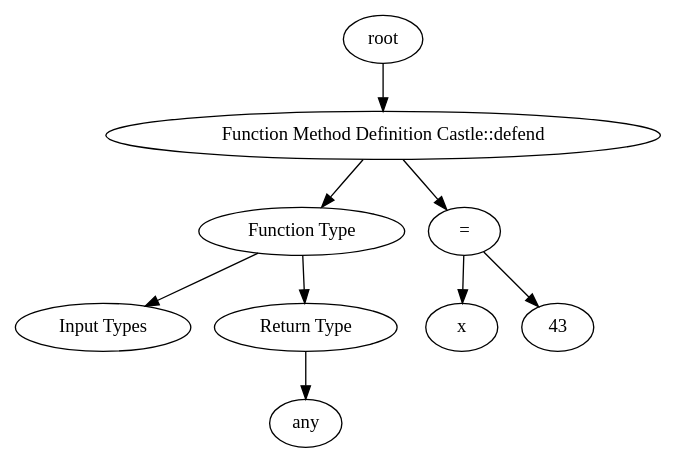
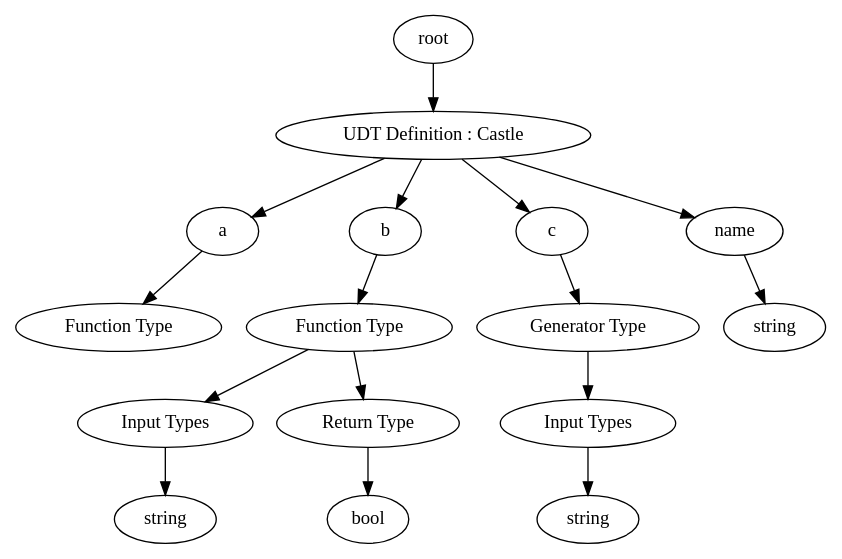
Before and after one commit to pranav-ap/wasp-lang: the diagram in examples/module.dot, drawn with Graphviz. The commit also changed 5 other files, not shown here.

Commit message:
parse generator type within type definitions

```diff
--- a/examples/module.dot
+++ b/examples/module.dot
@@ -1,19 +1,33 @@
 digraph G { 
  "0"   [label="root"]; 
- "1"   [label="Function Method Definition Castle::defend"]; 
+ "1"   [label="UDT Definition : Castle"]; 
  "0" -> "1"; 
- "2"   [label="Function Type"]; 
+ "2"   [label="a"]; 
  "1" -> "2"; 
- "3"   [label="Input Types"]; 
+ "3"   [label="Function Type"]; 
  "2" -> "3"; 
- "4"   [label="Return Type"]; 
- "2" -> "4"; 
- "5"   [label="any"]; 
+ "4"   [label="b"]; 
+ "1" -> "4"; 
+ "5"   [label="Function Type"]; 
  "4" -> "5"; 
- "6"   [label="="]; 
- "1" -> "6"; 
- "7"   [label="x"]; 
+ "6"   [label="Input Types"]; 
+ "5" -> "6"; 
+ "7"   [label="string"]; 
  "6" -> "7"; 
- "8"   [label="43"]; 
- "6" -> "8"; 
+ "8"   [label="Return Type"]; 
+ "5" -> "8"; 
+ "9"   [label="bool"]; 
+ "8" -> "9"; 
+ "10"   [label="c"]; 
+ "1" -> "10"; 
+ "11"   [label="Generator Type"]; 
+ "10" -> "11"; 
+ "12"   [label="Input Types"]; 
+ "11" -> "12"; 
+ "13"   [label="string"]; 
+ "12" -> "13"; 
+ "14"   [label="name"]; 
+ "1" -> "14"; 
+ "15"   [label="string"]; 
+ "14" -> "15"; 
  }
```
